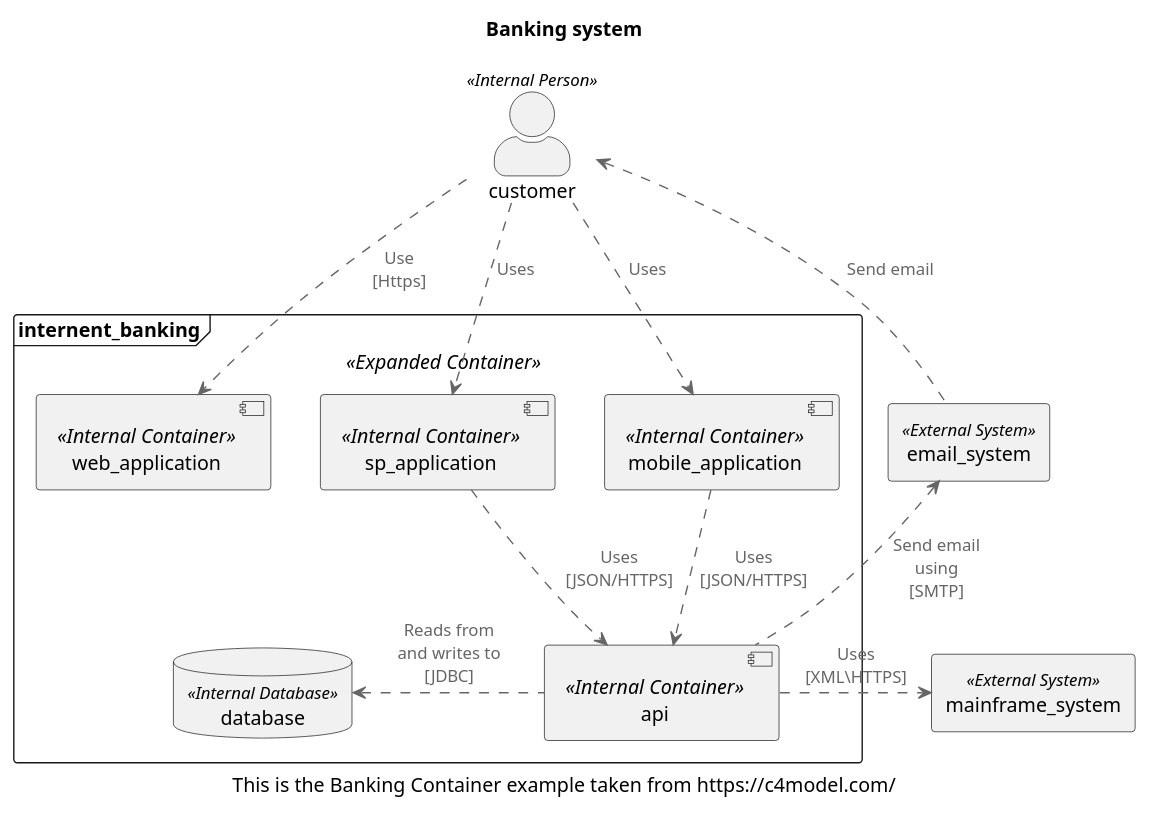
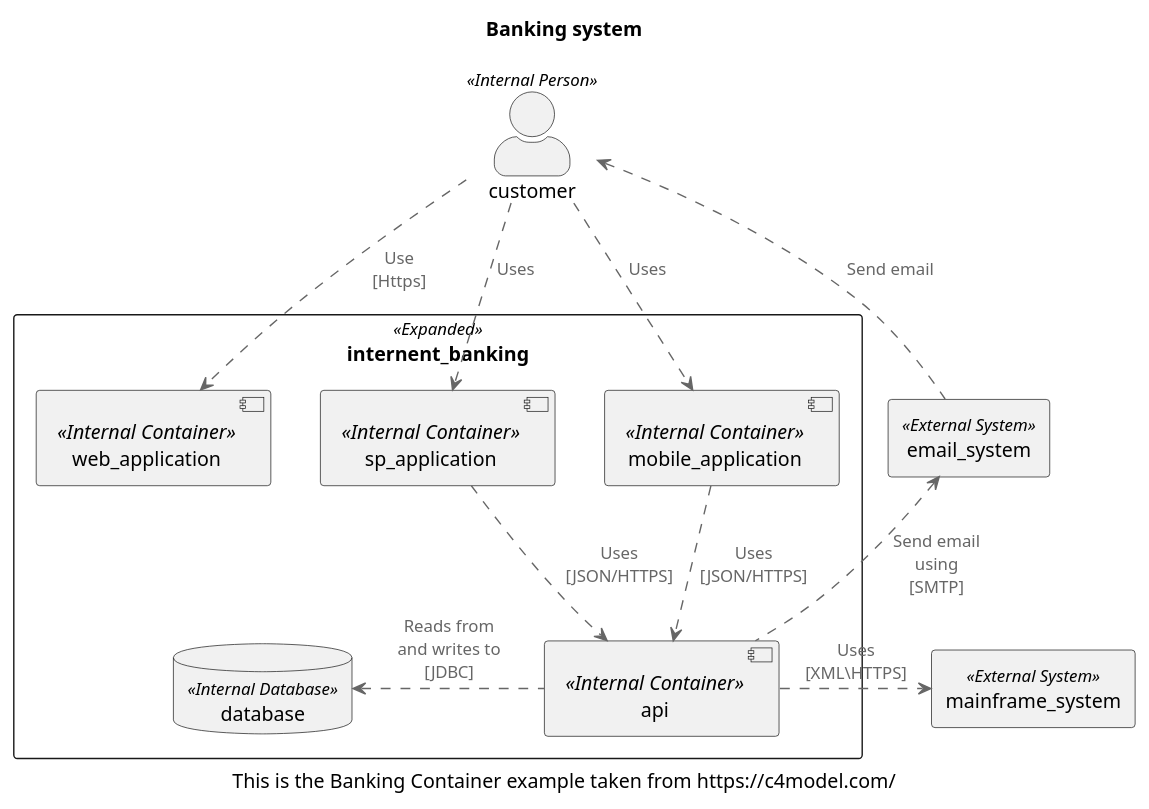
One commit to skleanthous/C4-PlantumlSkin changed the diagram in sample/c4-banking-container.puml. Above: the diagram before and after it, drawn with PlantUML. The commit also changed 11 other files, not shown here.

```diff
--- a/sample/c4-banking-container.puml
+++ b/sample/c4-banking-container.puml
@@ -1,38 +1,38 @@
 @startuml
 !include ../src/c4.puml
 
 title Banking system
 caption This is the Banking Container example taken from https://c4model.com/
 
 actor customer <<Internal Person>>
 
 Rectangle mainframe_system <<External System>>
 Rectangle email_system <<External System>>
 
-frame internent_banking <<Expanded Container>> {
+rectangle internent_banking <<Expanded>> {
     component web_application <<Internal Container>>
     component sp_application <<Internal Container>>
     component mobile_application <<Internal Container>>
 
     database database <<Internal Database>>
     component api <<Internal Container>>
 }
 
 web_application -[hidden]right-> sp_application
 sp_application -[hidden]right-> mobile_application
 web_application -[hidden]down-> database
 
 customer ..> web_application : Use\n[Https]
 customer ..> sp_application : Uses
 customer ..> mobile_application : Uses
 
 api .right.> mainframe_system : Uses\n[XML\HTTPS]
 api .left.> database : Reads from\nand writes to\n[JDBC]
 
 api .up.> email_system : Send email\nusing\n[SMTP]
 email_system .up.> customer : Send email
 
 sp_application .down.> api : Uses\n[JSON/HTTPS]
 mobile_application .down.> api : Uses\n[JSON/HTTPS]
 
 @enduml
```
